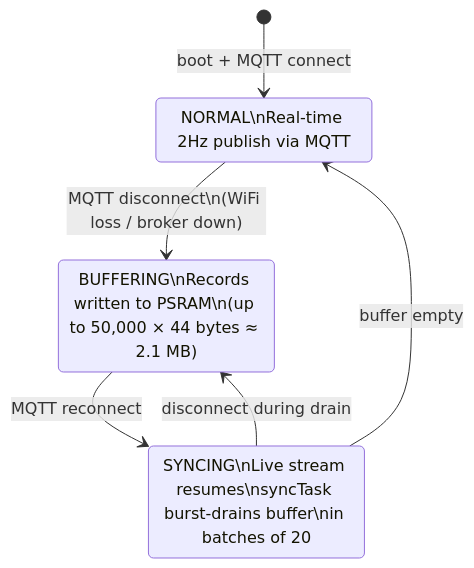
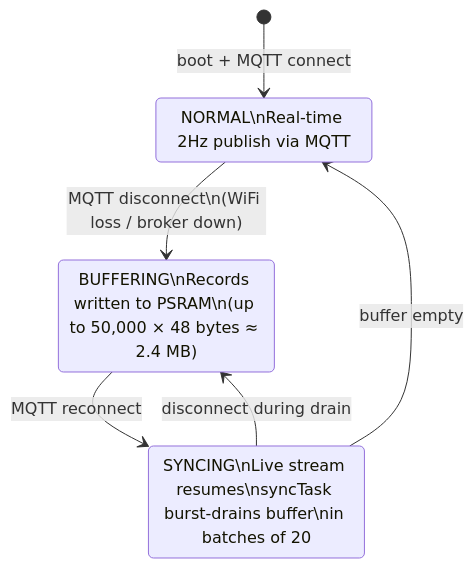
Before and after one commit to markPVale/industrial-sensor-pipeline: the second of 3 diagrams in docs/architecture.md, drawn with Mermaid. The commit also changed 15 other files, not shown here.

````diff
--- a/docs/architecture.md
+++ b/docs/architecture.md
@@ -49,14 +49,14 @@
 ```mermaid
 stateDiagram-v2
     [*] --> NORMAL : boot + MQTT connect
 
     NORMAL --> BUFFERING : MQTT disconnect\n(WiFi loss / broker down)
     BUFFERING --> SYNCING : MQTT reconnect
 
     NORMAL : NORMAL\nReal-time 2Hz publish via MQTT
-    BUFFERING : BUFFERING\nRecords written to PSRAM\n(up to 50,000 × 44 bytes ≈ 2.1 MB)
+    BUFFERING : BUFFERING\nRecords written to PSRAM\n(up to 50,000 × 48 bytes ≈ 2.4 MB)
     SYNCING : SYNCING\nLive stream resumes\nsyncTask burst-drains buffer\nin batches of 20
 
     SYNCING --> NORMAL : buffer empty
     SYNCING --> BUFFERING : disconnect during drain
 ```
````
